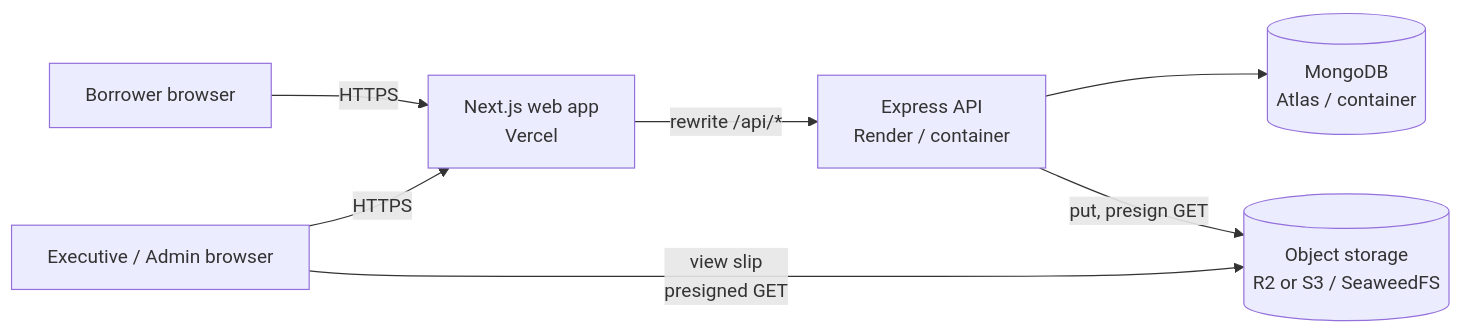
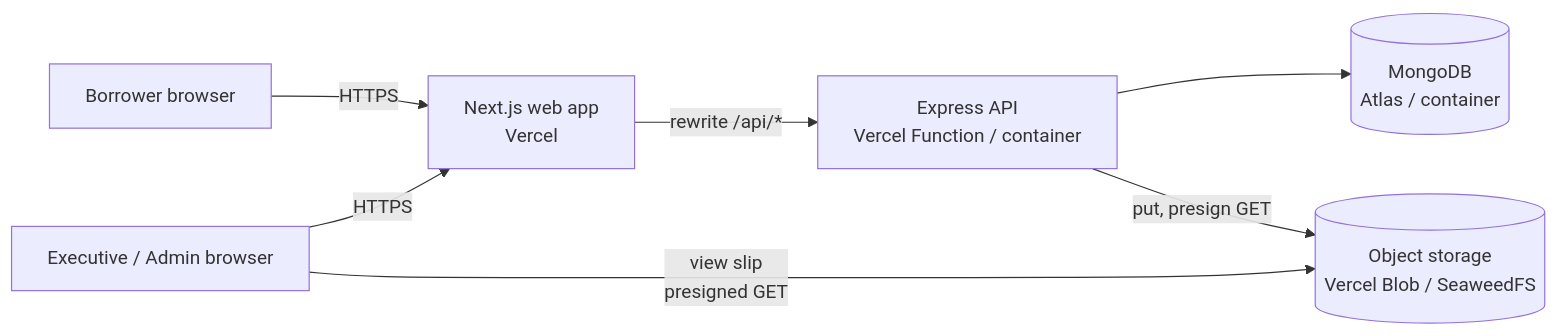
Before and after one commit to PModhe09/lms-backend: the first of 2 diagrams in docs/design/01-hld.md, drawn with Mermaid. The commit also changed other lines of this file and 16 other files, not shown here.

First line of the commit message:
feat: 5 MB salary slips on Vercel via direct-to-storage upload; minimal request logs; docs match build

````diff
--- a/docs/design/01-hld.md
+++ b/docs/design/01-hld.md
@@ -5,9 +5,9 @@
 ```mermaid
 flowchart LR
   B[Borrower browser] -->|HTTPS| W
   E[Executive / Admin browser] -->|HTTPS| W
-  W[Next.js web app<br/>Vercel] -->|rewrite /api/*| A[Express API<br/>Render / container]
+  W[Next.js web app<br/>Vercel] -->|rewrite /api/*| A[Express API<br/>Vercel Function / container]
   A --> M[(MongoDB<br/>Atlas / container)]
-  A -->|put, presign GET| S[(Object storage<br/>R2 or S3 / SeaweedFS)]
+  A -->|put, presign GET| S[(Object storage<br/>Vercel Blob / SeaweedFS)]
   E -->|view slip<br/>presigned GET| S
 ```
````
